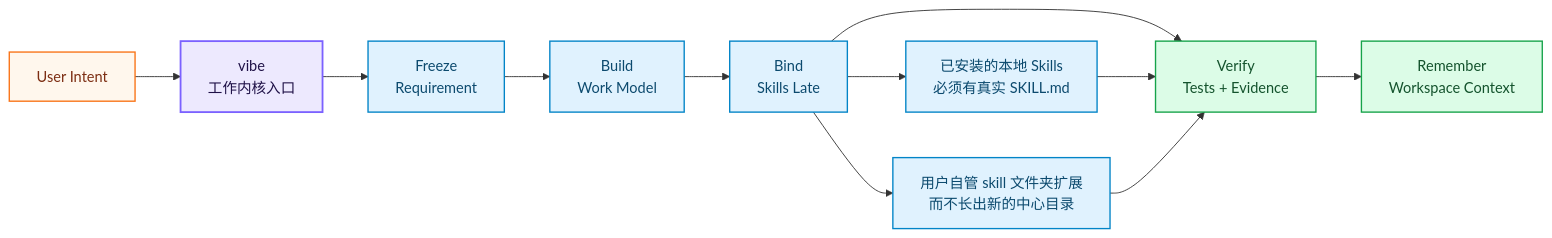
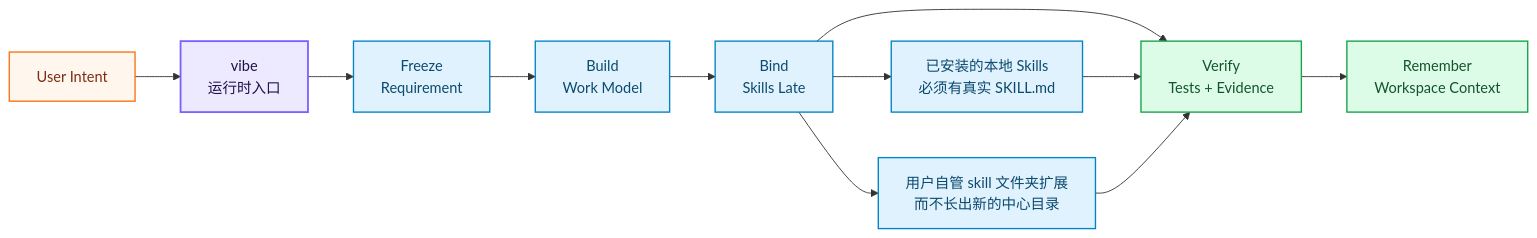
One commit to hallfay0/Vibe-Skills changed the first of 2 diagrams in README.zh.md. Above: the diagram before and after it, drawn with Mermaid. The commit also changed other lines of this file and 1 other file, not shown here.

````diff
--- a/README.zh.md
+++ b/README.zh.md
@@ -153,29 +152,29 @@
 ```mermaid
 flowchart LR
     accTitle: VibeSkills Harness Flow
     accDescr: User intent enters the vibe harness. The harness freezes intent, builds a work model, binds helpful Skills late, verifies evidence, and preserves workspace context.
 
     user["User Intent"]
-    vibe["vibe<br/>工作内核入口"]
+    vibe["vibe<br/>运行时入口"]
     freeze["Freeze<br/>Requirement"]
     plan["Build<br/>Work Model"]
     route["Bind<br/>Skills Late"]
     skills["已安装的本地 Skills<br/>必须有真实 SKILL.md"]
     future["用户自管 skill 文件夹扩展<br/>而不长出新的中心目录"]
     verify["Verify<br/>Tests + Evidence"]
     memory["Remember<br/>Workspace Context"]
 
     user --> vibe --> freeze --> plan --> route --> verify --> memory
     route --> skills --> verify
     route --> future --> verify
 
     classDef core fill:#ede9fe,stroke:#7B61FF,stroke-width:2px,color:#1f1147
     classDef stage fill:#e0f2fe,stroke:#0284c7,stroke-width:1.5px,color:#0c4a6e
     classDef proof fill:#dcfce7,stroke:#16a34a,stroke-width:1.5px,color:#14532d
     classDef user fill:#fff7ed,stroke:#f97316,stroke-width:1.5px,color:#7c2d12
 
     class vibe core
     class freeze,plan,route,skills,future stage
     class verify,memory proof
     class user user
 ```
````
